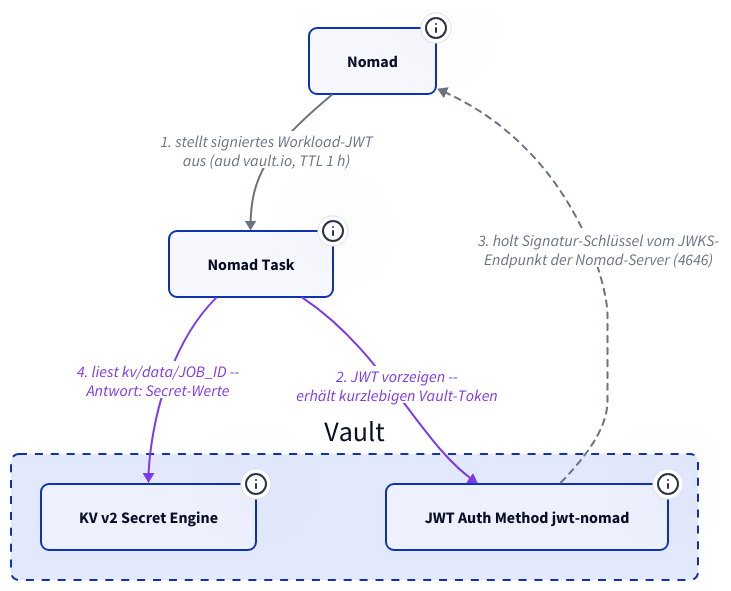
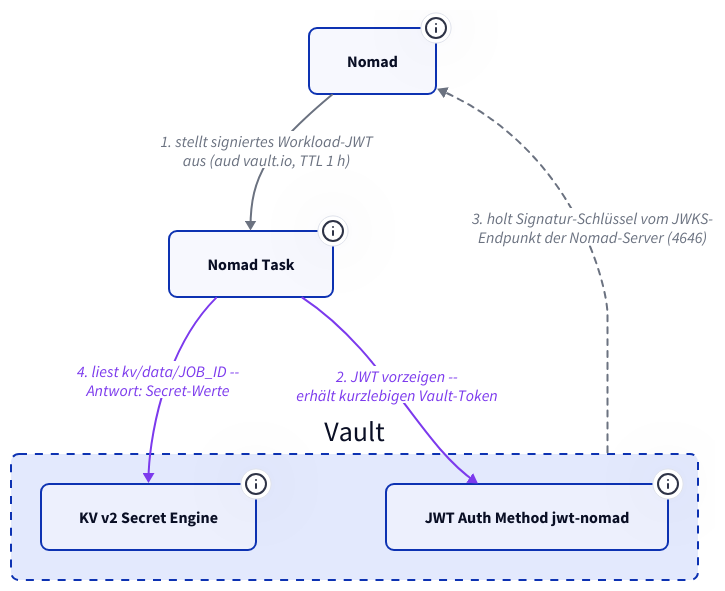
Before and after one commit to derever-labs/homelab-wiki: the second of 2 diagrams in docs/plattform/vault/index.md, drawn with D2. The commit also changed other lines of this file and 1 other file, not shown here.

First line of the commit message:
docs(plattform): Kantenlabels der D2-Diagramme freistellen

````diff
--- a/docs/plattform/vault/index.md
+++ b/docs/plattform/vault/index.md
@@ -116,39 +116,39 @@
 ```d2
 classes: {
   node: { style: { border-radius: 8 } }
   container: { style: { border-radius: 8; stroke-dash: 4 } }
   secrets: { style: { stroke: "#7c3aed"; font-color: "#7c3aed" } }
   intern: { style: { stroke: "#6b7280"; font-color: "#6b7280" } }
   intern-async: { style: { stroke: "#6b7280"; stroke-dash: 3; font-color: "#6b7280" } }
 }
 
 direction: down
 
 Nomad: Nomad {
   class: node
   tooltip: "Die Server signieren das Workload-JWT -- der Client-Agent erledigt Login und Template-Rendering stellvertretend für den Task"
 }
 
 Task: Nomad Task {
   class: node
   tooltip: "vault-Stanza mit role nomad-workloads -- Identity aus der clusterweiten default_identity"
 }
 
 vault: Vault {
   class: container
 
   kv: KV v2 Secret Engine {
     class: node
     tooltip: "Pfad-Konvention kv/data/JOB_ID -- Policy nomad-workload beschränkt auf eigenen Pfad plus shared"
   }
   auth: JWT Auth Method jwt-nomad {
     class: node
     tooltip: "bound_audiences vault.io -- Identität des Tasks kommt aus dem Claim nomad_job_id"
   }
 }
 
 Nomad -> Task: "1. stellt signiertes Workload-JWT\naus (aud vault.io, TTL 1 h)" { class: intern }
 Task -> vault.auth: "2. JWT vorzeigen --\nerhält kurzlebigen Vault-Token" { class: secrets }
-vault.auth -> Nomad: "3. holt Signatur-Schlüssel vom JWKS-\nEndpunkt der Nomad-Server (4646)" { class: intern-async }
+vault -> Nomad: "3. holt Signatur-Schlüssel vom JWKS-\nEndpunkt der Nomad-Server (4646)" { class: intern-async }
 Task -> vault.kv: "4. liest kv/data/JOB_ID --\nAntwort: Secret-Werte" { class: secrets }
 ```
````
